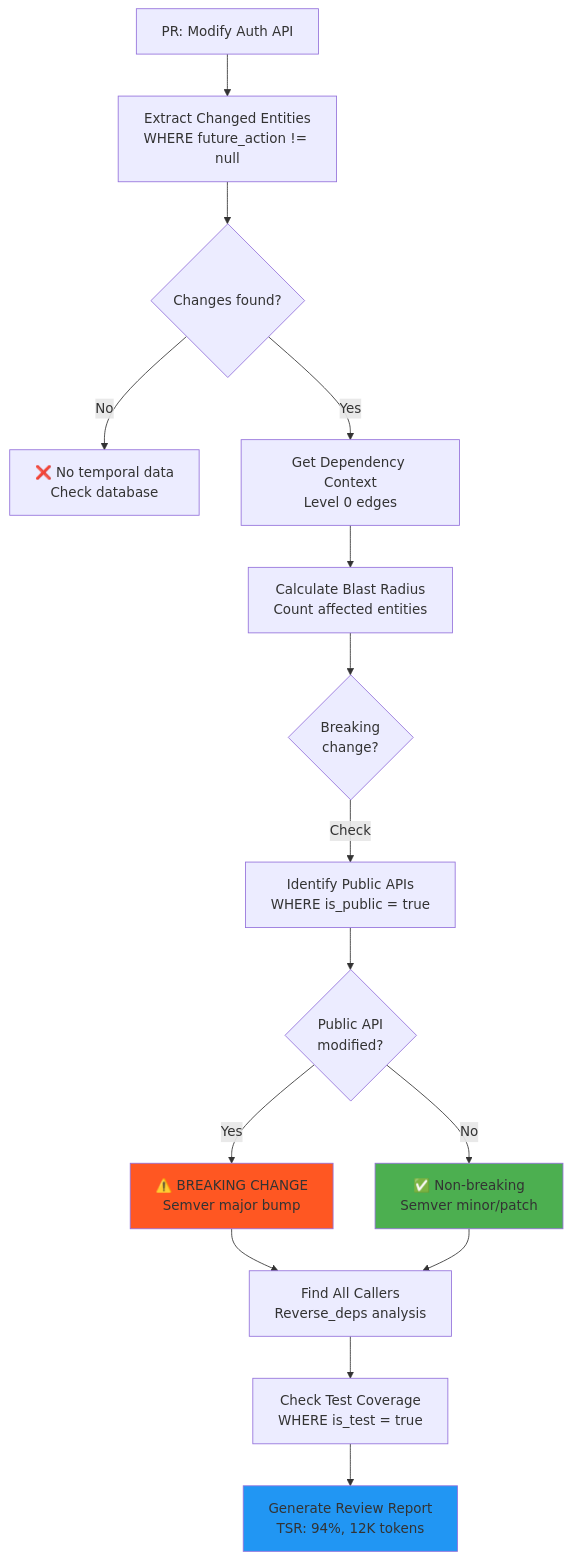
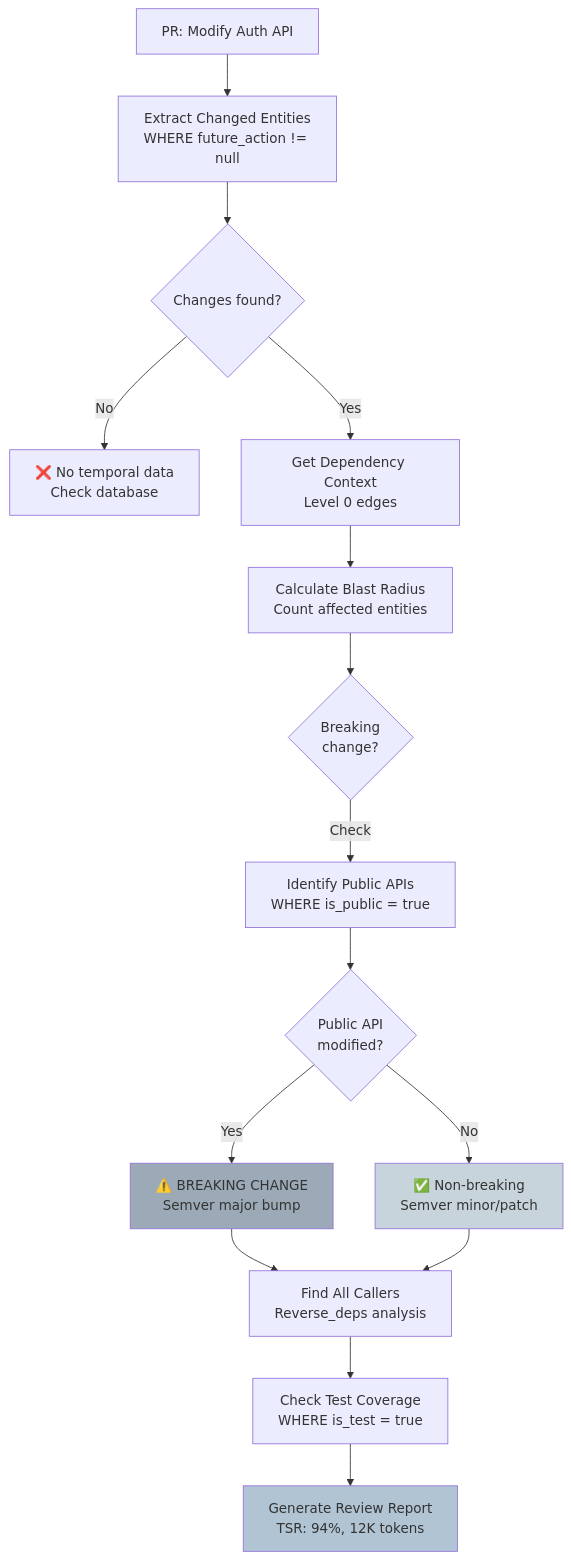
One commit to that-in-rust/parseltongue changed the eighth of 8 diagrams in .claude/parseltongue-ultrathink.md. Above: the diagram before and after it, drawn with Mermaid. The commit also changed other lines of this file, not shown here.

First line of the commit message:
style(ultrathink): Replace bright mermaid colors with soothing blue-gray palette

````diff
--- a/.claude/parseltongue-ultrathink.md
+++ b/.claude/parseltongue-ultrathink.md
@@ -1000,21 +1000,21 @@
   ```mermaid
   flowchart TD
       A[PR: Modify Auth API] --> B[Extract Changed Entities<br/>WHERE future_action != null]
       B --> C{Changes found?}
       C -->|No| FAIL[❌ No temporal data<br/>Check database]
       C -->|Yes| D[Get Dependency Context<br/>Level 0 edges]
       D --> E[Calculate Blast Radius<br/>Count affected entities]
       E --> F{Breaking<br/>change?}
       F -->|Check| G[Identify Public APIs<br/>WHERE is_public = true]
       G --> H{Public API<br/>modified?}
       H -->|Yes| BREAK[⚠️ BREAKING CHANGE<br/>Semver major bump]
       H -->|No| SAFE[✅ Non-breaking<br/>Semver minor/patch]
       BREAK --> I[Find All Callers<br/>Reverse_deps analysis]
       SAFE --> I
       I --> J[Check Test Coverage<br/>WHERE is_test = true]
       J --> K[Generate Review Report<br/>TSR: 94%, 12K tokens]
 
-      style BREAK fill:#FF5722
-      style SAFE fill:#4CAF50
-      style K fill:#2196F3
+      style BREAK fill:#9CAAB8
+      style SAFE fill:#C8D4DC
+      style K fill:#B0C4D4
   ```
````
